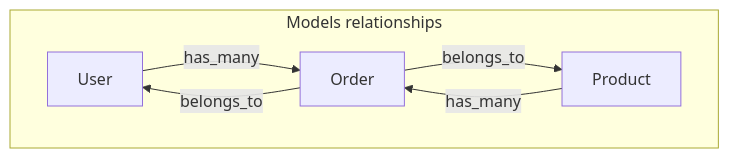
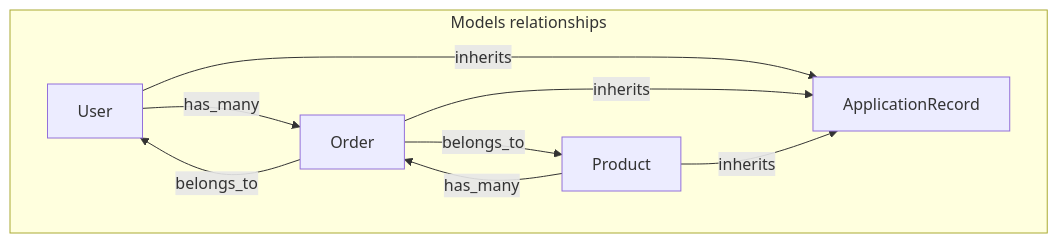
One commit to enogrob/order_normalizer_api changed the second of 4 diagrams in README.md. Above: the diagram before and after it, drawn with Mermaid. The commit also changed other lines of this file, not shown here.

````diff
--- a/README.md
+++ b/README.md
@@ -56,13 +56,17 @@
 ```mermaid
 graph TD
     subgraph Models relationships
       A[User]
       B[Order]
       C[Product]
+      D[ApplicationRecord]
       
       A -->|has_many| B
       B --> |belongs_to| A
       B --> |belongs_to| C
       C -->|has_many| B
+      A --> |inherits| D
+      B --> |inherits| D
+      C --> |inherits| D
     end
 ```
````
